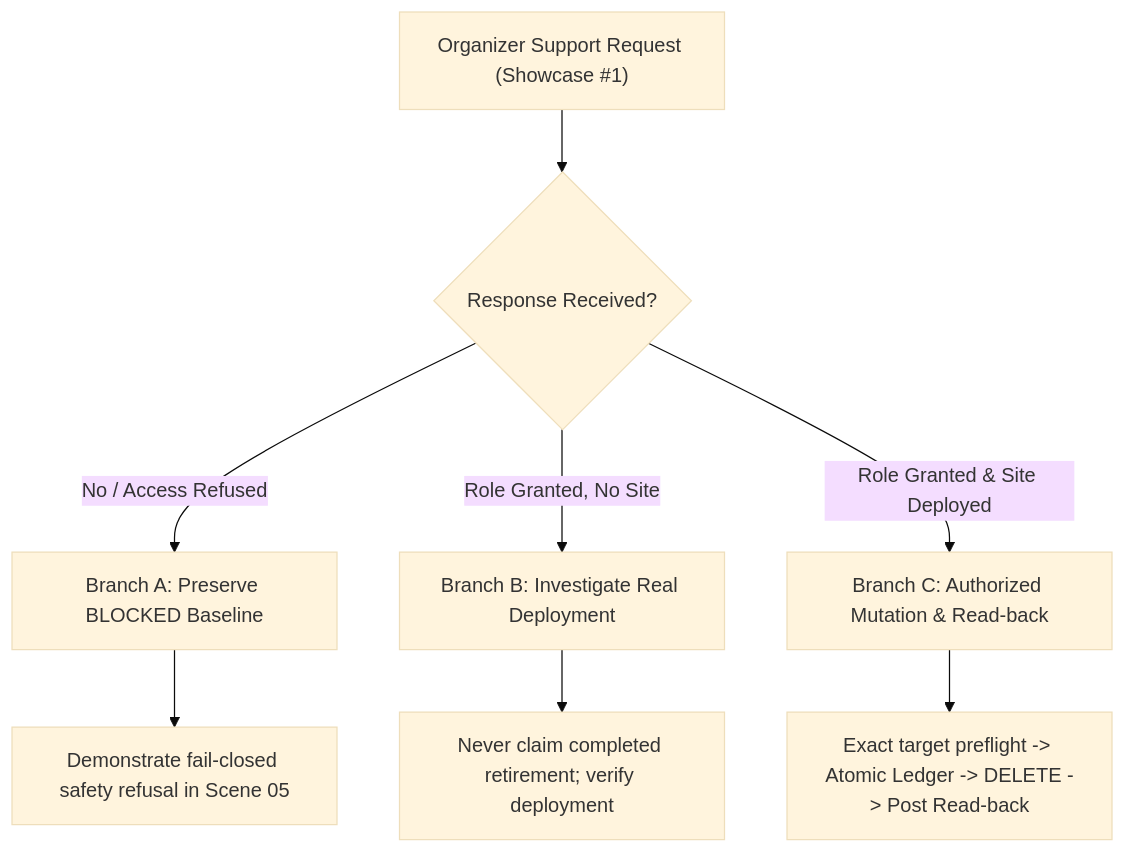
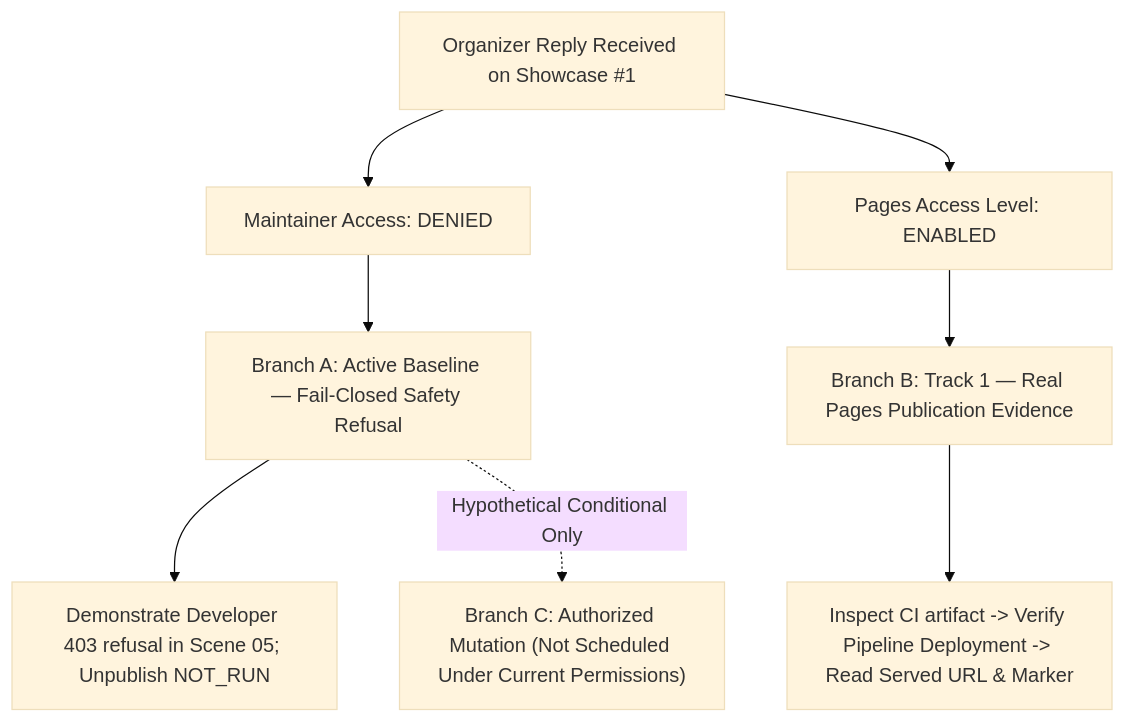
Before and after one commit to zyganali-glitch/termivance-qa-mirror: the third of 5 diagrams in plans/TERMIVANCE_MASTER_EXECUTION_PLAN.md, drawn with Mermaid (base theme). The commit also changed other lines of this file, not shown here.

Commit message:
fix(plan): consolidated plan QA repair, organizer decision, and governance hardening

````diff
--- a/plans/TERMIVANCE_MASTER_EXECUTION_PLAN.md
+++ b/plans/TERMIVANCE_MASTER_EXECUTION_PLAN.md
@@ -933,11 +1000,13 @@
 ```mermaid
 flowchart TD
-    A["Organizer Support Request (Showcase #1)"] --> B{"Response Received?"}
-    B -- "No / Access Refused" --> C["Branch A: Preserve BLOCKED Baseline"]
-    B -- "Role Granted, No Site" --> D["Branch B: Investigate Real Deployment"]
-    B -- "Role Granted & Site Deployed" --> E["Branch C: Authorized Mutation & Read-back"]
+    A["Organizer Reply Received on Showcase #1"] --> B["Maintainer Access: DENIED"]
+    A --> C["Pages Access Level: ENABLED"]
     
-    C --> C1["Demonstrate fail-closed safety refusal in Scene 05"]
-    D --> D1["Never claim completed retirement; verify deployment"]
-    E --> E1["Exact target preflight -> Atomic Ledger -> DELETE -> Post Read-back"]
+    B --> B1["Branch A: Active Baseline — Fail-Closed Safety Refusal"]
+    B1 --> B2["Demonstrate Developer 403 refusal in Scene 05; Unpublish NOT_RUN"]
+    
+    C --> C1["Branch B: Track 1 — Real Pages Publication Evidence"]
+    C1 --> C2["Inspect CI artifact -> Verify Pipeline Deployment -> Read Served URL & Marker"]
+    
+    B1 -. "Hypothetical Conditional Only" .-> D["Branch C: Authorized Mutation (Not Scheduled Under Current Permissions)"]
 ```
````
